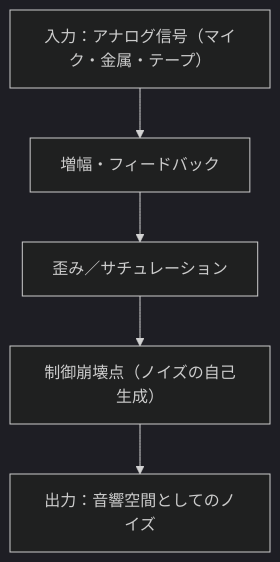
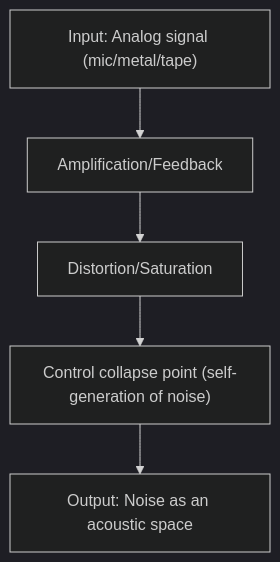
Before and after one commit to monumental-movement/monumental-movement.github.io: the second of 4 diagrams in en/_posts/2025-10-26-column-merzbow.md, drawn with Mermaid (dark theme). The commit also changed other lines of this file and 152 other files, not shown here.

```diff
--- a/en/_posts/2025-10-26-column-merzbow.md
+++ b/en/_posts/2025-10-26-column-merzbow.md
@@ -137,11 +137,11 @@
 <div class="mermaid">
 
 flowchart TD
-    A["入力：アナログ信号（マイク・金属・テープ）"]
-    B["増幅・フィードバック"]
-    C["歪み／サチュレーション"]
-    D["制御崩壊点（ノイズの自己生成）"]
-    E["出力：音響空間としてのノイズ"]
+    A["Input: Analog signal (mic/metal/tape)"]
+    B["Amplification/Feedback"]
+    C["Distortion/Saturation"]
+    D["Control collapse point (self-generation of noise)"]
+    E["Output: Noise as an acoustic space"]
     A --> B --> C --> D --> E
 
 </div>
```
